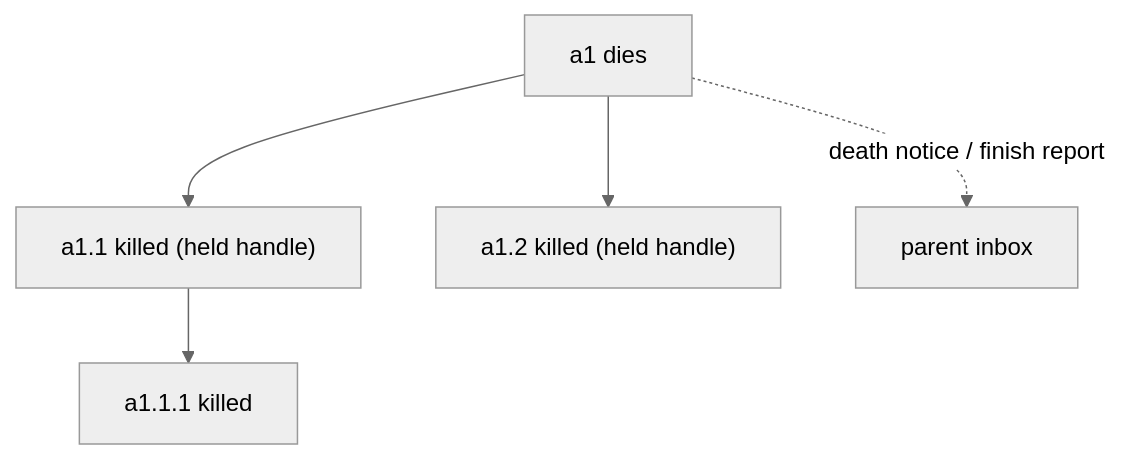
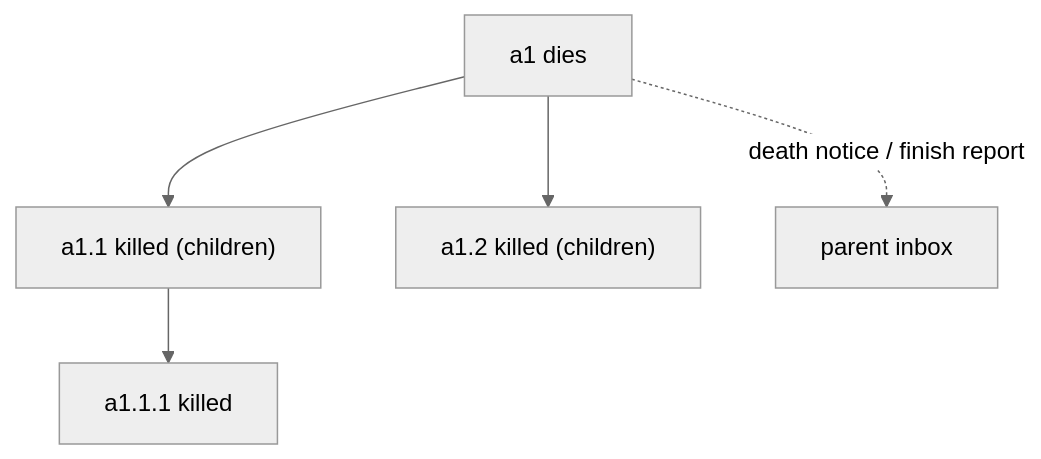
The fourth of 7 diagrams in docs/for-contributors/architecture.md (DarkSpaceY/NAN-itself), drawn with Mermaid (neutral theme) before and after one commit. The commit also changed other lines of this file and 25 other files, not shown here.

````diff
--- a/docs/for-contributors/architecture.md
+++ b/docs/for-contributors/architecture.md
@@ -111,7 +114,7 @@
 ```mermaid
 flowchart TD
-    D["a1 dies"] --> D1["a1.1 killed (held handle)"]
-    D --> D2["a1.2 killed (held handle)"]
+    D["a1 dies"] --> D1["a1.1 killed (children)"]
+    D --> D2["a1.2 killed (children)"]
     D1 --> D3["a1.1.1 killed"]
     D -.->|"death notice / finish report"| P["parent inbox"]
 ```
````
